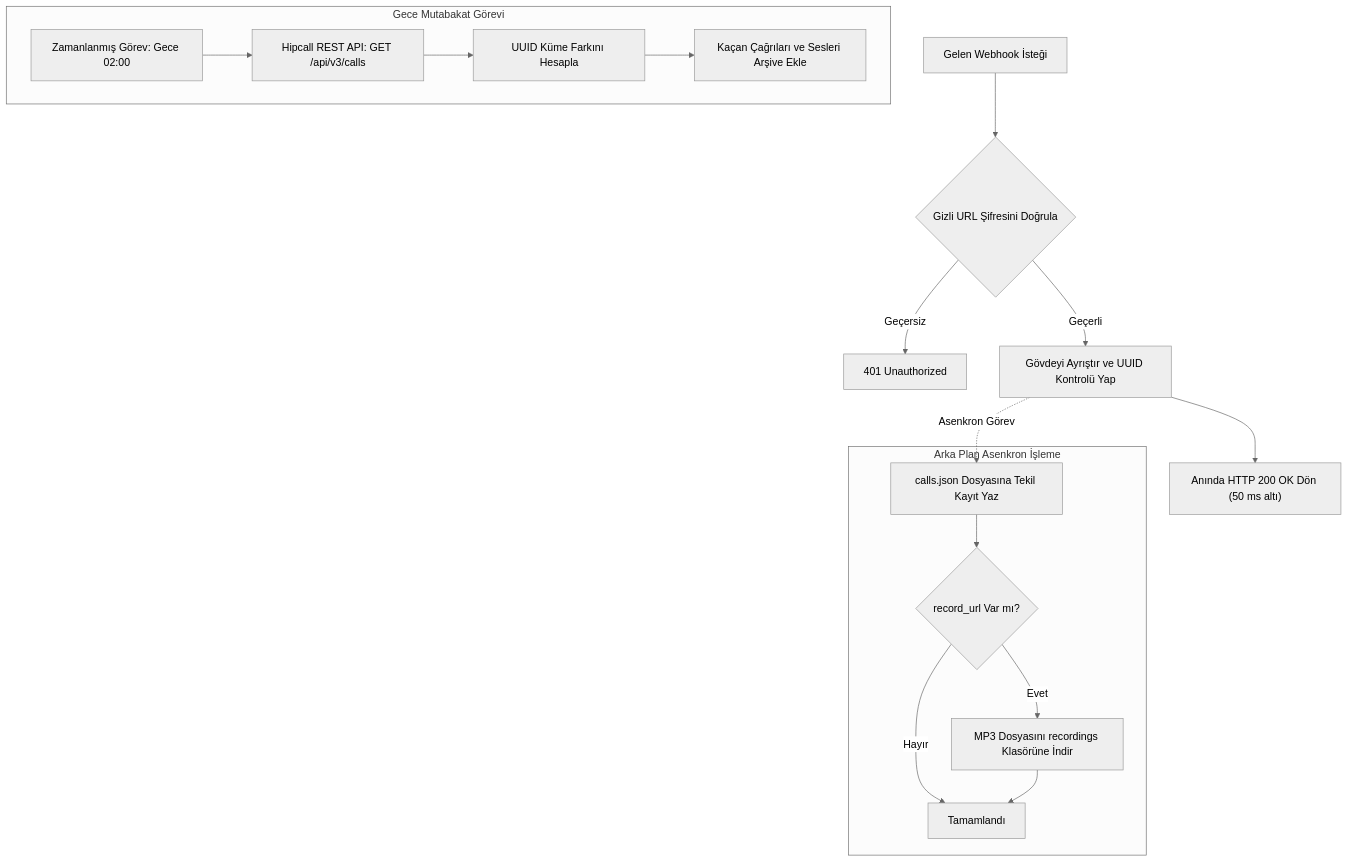
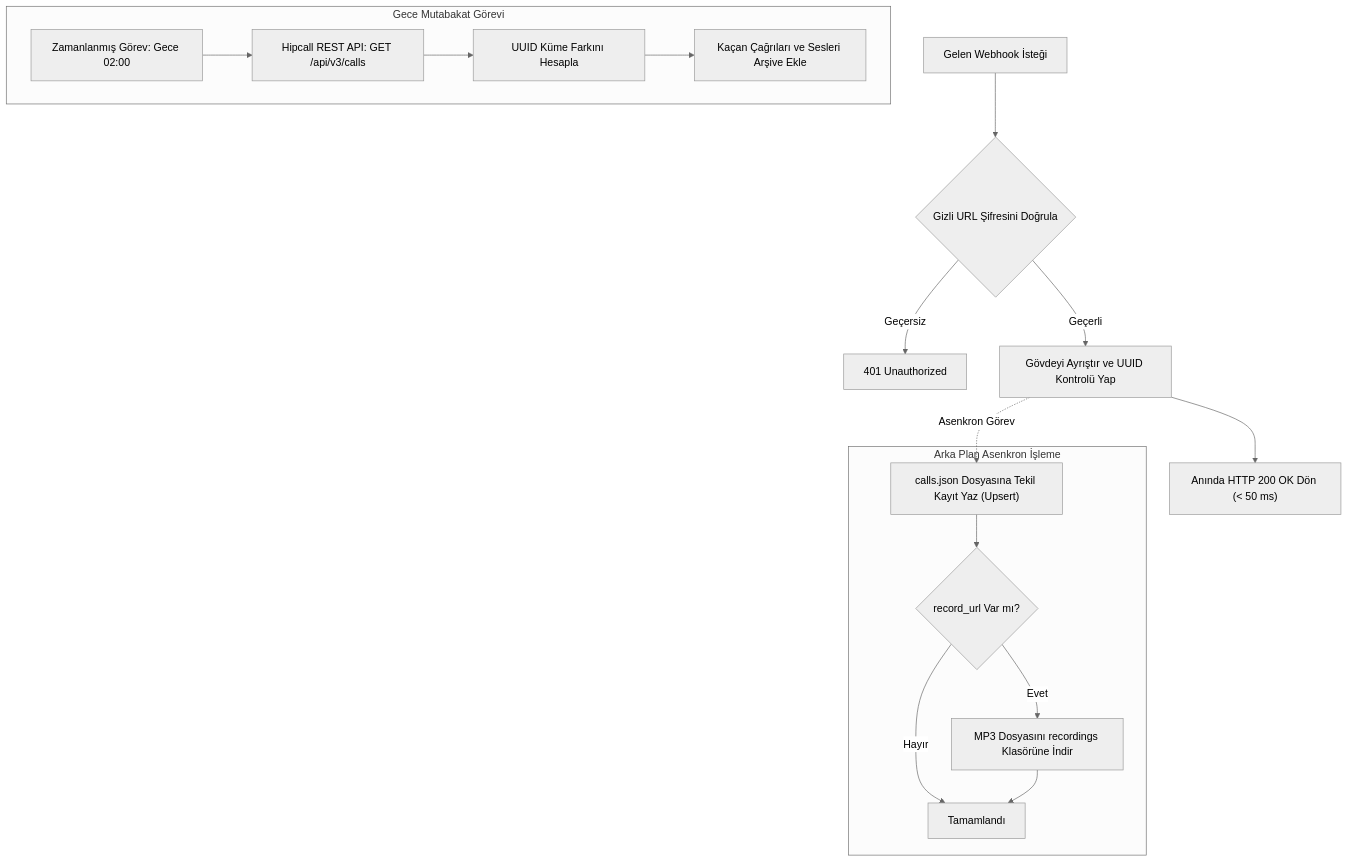
The diagram in blog/tr/04/dotnet-ile-hipcall-webhook-alicisi-yazma.md (hipcall/2026-internship), drawn with Mermaid (neutral theme) before and after one commit. The commit also changed other lines of this file and 1 other file, not shown here.

````diff
--- a/blog/tr/04/dotnet-ile-hipcall-webhook-alicisi-yazma.md
+++ b/blog/tr/04/dotnet-ile-hipcall-webhook-alicisi-yazma.md
@@ -152,23 +162,23 @@
 ```mermaid
 flowchart TD
     A["Gelen Webhook İsteği"] --> B{"Gizli URL Şifresini Doğrula"}
     B -- "Geçersiz" --> C["401 Unauthorized"]
     B -- "Geçerli" --> D["Gövdeyi Ayrıştır ve UUID Kontrolü Yap"]
-    D --> E["Anında HTTP 200 OK Dön (50 ms altı)"]
+    D --> E["Anında HTTP 200 OK Dön (< 50 ms)"]
 
     subgraph BG ["Arka Plan Asenkron İşleme"]
-        F["calls.json Dosyasına Tekil Kayıt Yaz"]
+        F["calls.json Dosyasına Tekil Kayıt Yaz (Upsert)"]
         F --> G{"record_url Var mı?"}
         G -- "Evet" --> H["MP3 Dosyasını recordings Klasörüne İndir"]
         G -- "Hayır" --> I["Tamamlandı"]
         H --> I
     end
 
     D -.->|Asenkron Görev| F
 
     subgraph REC ["Gece Mutabakat Görevi"]
         J["Zamanlanmış Görev: Gece 02:00"] --> K["Hipcall REST API: GET /api/v3/calls"]
         K --> L["UUID Küme Farkını Hesapla"]
         L --> M["Kaçan Çağrıları ve Sesleri Arşive Ekle"]
     end
 ```
````
